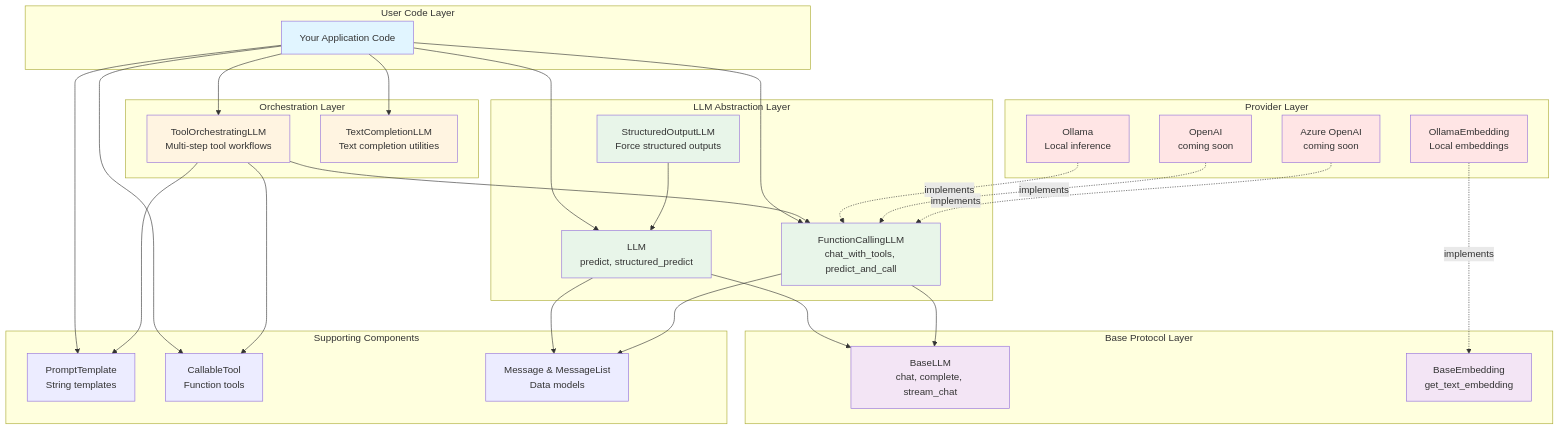
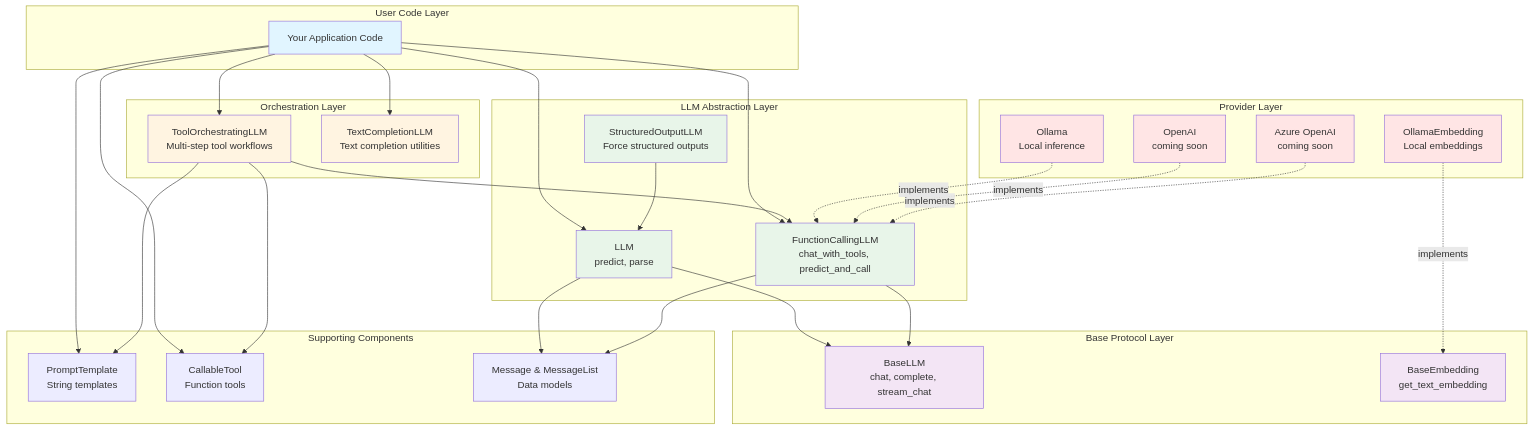
One commit to Serapieum-of-alex/serapeum changed the first of 5 diagrams in docs/overview/core-package.md. Above: the diagram before and after it, drawn with Mermaid. The commit also changed other lines of this file and 15 other files, not shown here.

````diff
--- a/docs/overview/core-package.md
+++ b/docs/overview/core-package.md
@@ -246,71 +246,71 @@
 ```mermaid
 graph TB
     subgraph "User Code Layer"
         U1[Your Application Code]
     end
 
     subgraph "Orchestration Layer"
         O1[ToolOrchestratingLLM<br/>Multi-step tool workflows]
         O2[TextCompletionLLM<br/>Text completion utilities]
     end
 
     subgraph "LLM Abstraction Layer"
-        L1[LLM<br/>predict, structured_predict]
+        L1[LLM<br/>predict, parse]
         L2[FunctionCallingLLM<br/>chat_with_tools, predict_and_call]
         L3[StructuredOutputLLM<br/>Force structured outputs]
     end
 
     subgraph "Base Protocol Layer"
         B1[BaseLLM<br/>chat, complete, stream_chat]
         B2[BaseEmbedding<br/>get_text_embedding]
     end
 
     subgraph "Provider Layer"
         P1[Ollama<br/>Local inference]
         P2[OpenAI<br/>coming soon]
         P3[Azure OpenAI<br/>coming soon]
         E1[OllamaEmbedding<br/>Local embeddings]
     end
 
     subgraph "Supporting Components"
         S1[PromptTemplate<br/>String templates]
         S2[CallableTool<br/>Function tools]
         S3[Message & MessageList<br/>Data models]
     end
 
     U1 --> O1
     U1 --> O2
     U1 --> L1
     U1 --> L2
     U1 --> S1
     U1 --> S2
 
     O1 --> L2
     O1 --> S1
     O1 --> S2
 
     L1 --> B1
     L2 --> B1
     L3 --> L1
 
     P1 -.implements.-> L2
     P2 -.implements.-> L2
     P3 -.implements.-> L2
     E1 -.implements.-> B2
 
     L1 --> S3
     L2 --> S3
 
     style U1 fill:#e1f5ff
     style O1 fill:#fff4e1
     style O2 fill:#fff4e1
     style L1 fill:#e8f5e9
     style L2 fill:#e8f5e9
     style L3 fill:#e8f5e9
     style B1 fill:#f3e5f5
     style B2 fill:#f3e5f5
     style P1 fill:#ffe5e5
     style P2 fill:#ffe5e5
     style P3 fill:#ffe5e5
     style E1 fill:#ffe5e5
 ```
````
